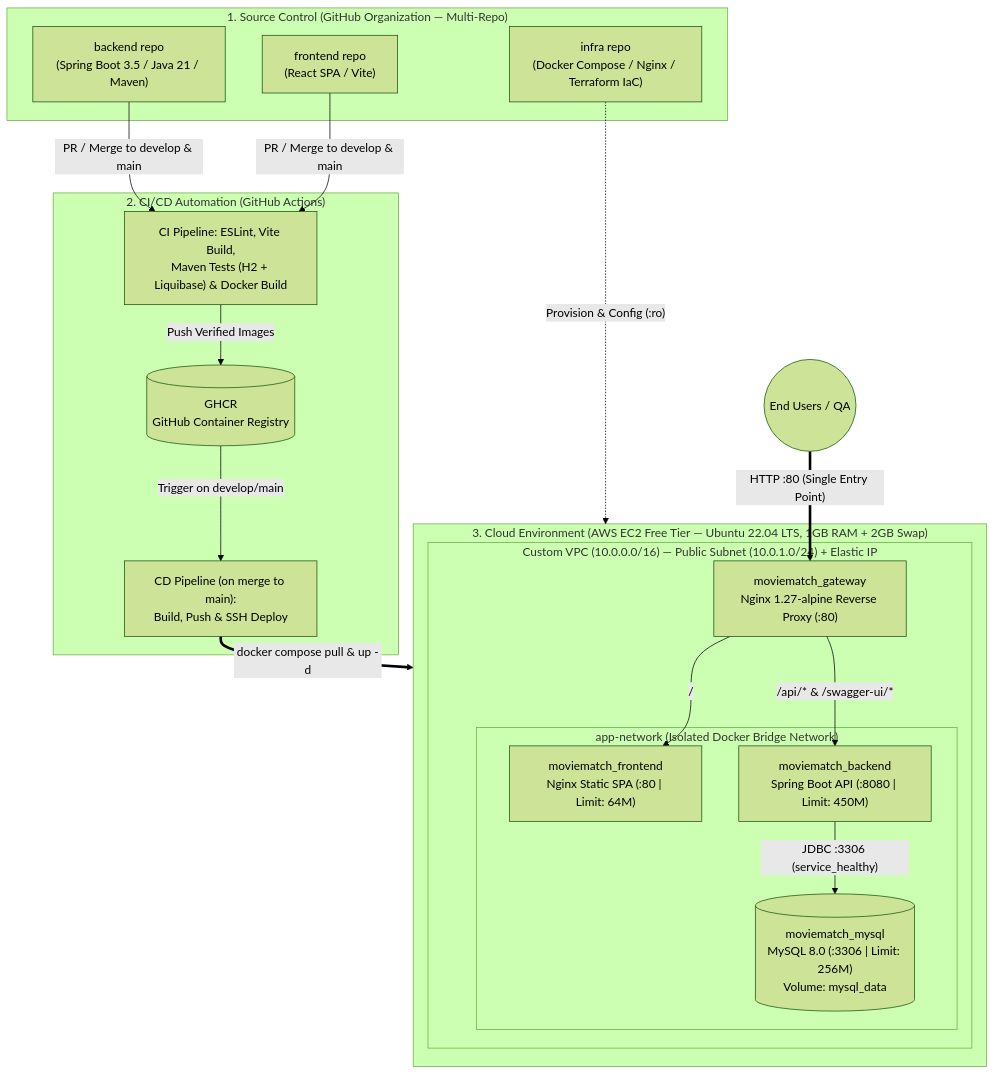
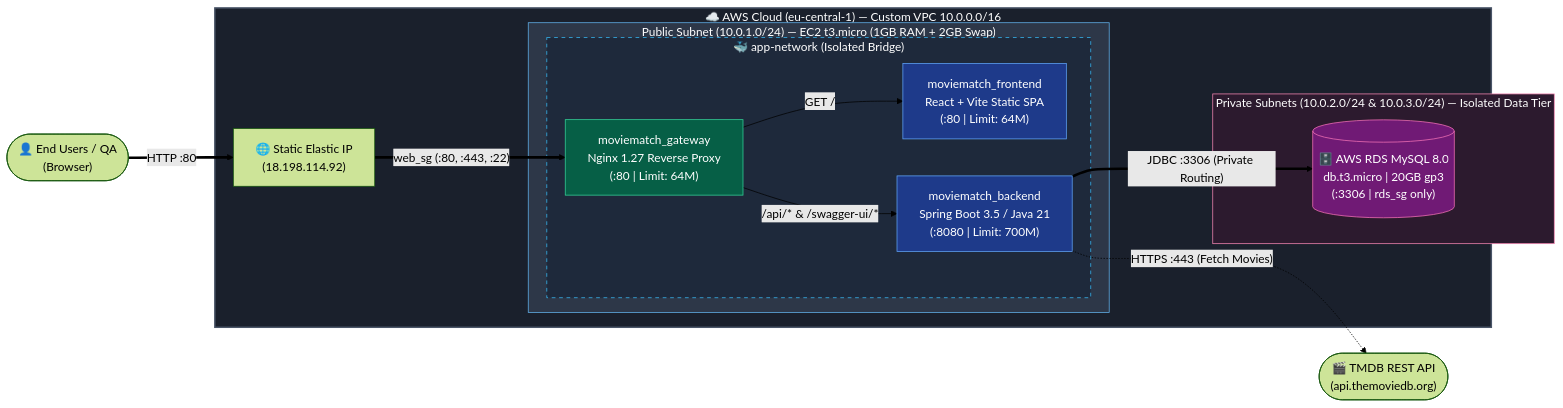
The first of 2 diagrams in README.md (mate-team-project-262/infra), drawn with Mermaid (forest theme) before and after one commit. The commit also changed other lines of this file and 1 other file, not shown here.

Commit message:
fix(infra): redesign architecture diagrams and separate local vs AWS deployment guides

````diff
--- a/README.md
+++ b/README.md
@@ -9,42 +12,37 @@
 ```mermaid
-graph TB
-    subgraph GitHub ["1. Source Control (GitHub Organization — Multi-Repo)"]
-        FE_Repo["frontend repo<br/>(React SPA / Vite)"]
-        BE_Repo["backend repo<br/>(Spring Boot 3.5 / Java 21 / Maven)"]
-        IN_Repo["infra repo<br/>(Docker Compose / Nginx / Terraform IaC)"]
-    end
+flowchart LR
+    Users(["👤 End Users / QA<br/>(Browser)"])
+    TMDB(["🎬 TMDB REST API<br/>(api.themoviedb.org)"])
 
-    subgraph CICD ["2. CI/CD Automation (GitHub Actions)"]
-        CI["CI Pipeline: ESLint, Vite Build,<br/>Maven Tests (H2 + Liquibase) & Docker Build"]
-        GHCR[("GHCR<br/>GitHub Container Registry")]
-        CD["CD Pipeline (on merge to main):<br/>Build, Push & SSH Deploy"]
-    end
+    subgraph AWS ["☁️ AWS Cloud (eu-central-1) — Custom VPC 10.0.0.0/16"]
+        EIP["🌐 Static Elastic IP<br/>(18.198.114.92)"]
 
-    subgraph AWS ["3. Cloud Environment (AWS EC2 Free Tier — Ubuntu 22.04 LTS, 1GB RAM + 2GB Swap)"]
-        subgraph VPC ["Custom VPC (10.0.0.0/16) — Public Subnet (10.0.1.0/24) + Elastic IP"]
-            Nginx["moviematch_gateway<br/>Nginx 1.27-alpine Reverse Proxy (:80)"]
+        subgraph PubSub ["Public Subnet (10.0.1.0/24) — EC2 t3.micro (1GB RAM + 2GB Swap)"]
+            subgraph DockerNet ["🐳 app-network (Isolated Bridge)"]
+                GW["moviematch_gateway<br/>Nginx 1.27 Reverse Proxy<br/>(:80 | Limit: 64M)"]
+                FE["moviematch_frontend<br/>React + Vite Static SPA<br/>(:80 | Limit: 64M)"]
+                BE["moviematch_backend<br/>Spring Boot 3.5 / Java 21<br/>(:8080 | Limit: 700M)"]
+            end
+        end
 
-            subgraph DockerNet ["app-network (Isolated Docker Bridge Network)"]
-                FE_Cont["moviematch_frontend<br/>Nginx Static SPA (:80 | Limit: 64M)"]
-                BE_Cont["moviematch_backend<br/>Spring Boot API (:8080 | Limit: 450M)"]
-                DB_Cont[("moviematch_mysql<br/>MySQL 8.0 (:3306 | Limit: 256M)<br/>Volume: mysql_data")]
-            end
+        subgraph PrivSub ["Private Subnets (10.0.2.0/24 & 10.0.3.0/24) — Isolated Data Tier"]
+            RDS[("🗄️ AWS RDS MySQL 8.0<br/>db.t3.micro | 20GB gp3<br/>(:3306 | rds_sg only)")]
         end
     end
 
-    Users(("End Users / QA"))
+    Users ==>|"HTTP :80"| EIP
+    EIP ==>|"web_sg (:80, :443, :22)"| GW
+    GW -->|"GET /"| FE
+    GW -->|"/api/* & /swagger-ui/*"| BE
+    BE ==>|"JDBC :3306 (Private Routing)"| RDS
+    BE -.->|"HTTPS :443 (Fetch Movies)"| TMDB
 
-    %% CI/CD Flows
-    FE_Repo -->|"PR / Merge to develop & main"| CI
-    BE_Repo -->|"PR / Merge to develop & main"| CI
-    CI -->|"Push Verified Images"| GHCR
-    GHCR -->|"Trigger on develop/main"| CD
-    IN_Repo -.->|"Provision & Config (:ro)"| AWS
-    CD ==>|"docker compose pull & up -d"| AWS
-
-    %% Runtime Traffic Flows
-    Users ==>|"HTTP :80 (Single Entry Point)"| Nginx
-    Nginx -->|"/"| FE_Cont
-    Nginx -->|"/api/* & /swagger-ui/*"| BE_Cont
-    BE_Cont -->|"JDBC :3306 (service_healthy)"| DB_Cont
+    style AWS fill:#1a202c,stroke:#4a5568,stroke-width:2px,color:#fff
+    style PubSub fill:#2d3748,stroke:#63b3ed,stroke-width:1px,color:#fff
+    style DockerNet fill:#1e293b,stroke:#38bdf8,stroke-dasharray: 5 5,color:#fff
+    style PrivSub fill:#2c1a2e,stroke:#f687b3,stroke-width:1px,color:#fff
+    style GW fill:#065f46,stroke:#34d399,color:#fff
+    style FE fill:#1e3a8a,stroke:#60a5fa,color:#fff
+    style BE fill:#1e3a8a,stroke:#60a5fa,color:#fff
+    style RDS fill:#701a75,stroke:#f472b6,color:#fff
 ```
````
